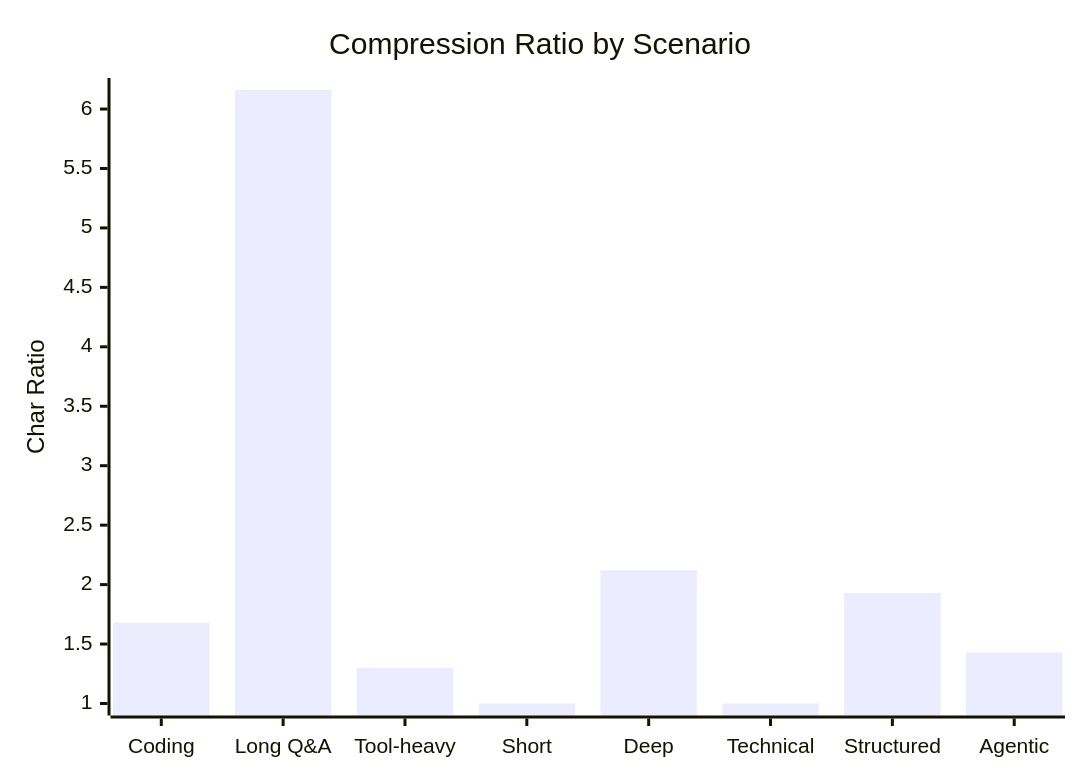
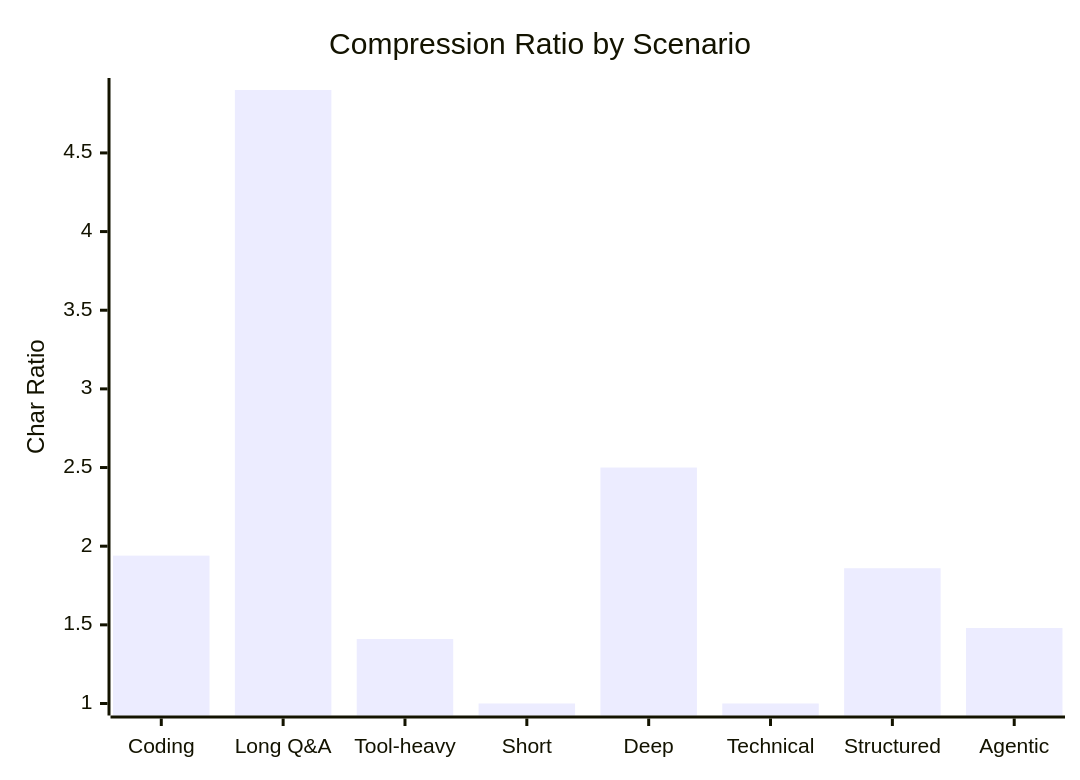
The second of 3 diagrams in docs/benchmark-results.md (SimplyLiz/ContextCompressionEngine), drawn with Mermaid before and after one commit. The commit also changed other lines of this file and 7 other files, not shown here.

````diff
--- a/docs/benchmark-results.md
+++ b/docs/benchmark-results.md
@@ -30,7 +30,7 @@
 ```mermaid
 xychart-beta
     title "Compression Ratio by Scenario"
     x-axis ["Coding", "Long Q&A", "Tool-heavy", "Short", "Deep", "Technical", "Structured", "Agentic"]
     y-axis "Char Ratio"
-    bar [1.68, 6.16, 1.30, 1.00, 2.12, 1.00, 1.93, 1.43]
+    bar [1.94, 4.90, 1.41, 1.00, 2.50, 1.00, 1.86, 1.48]
 ```
````
